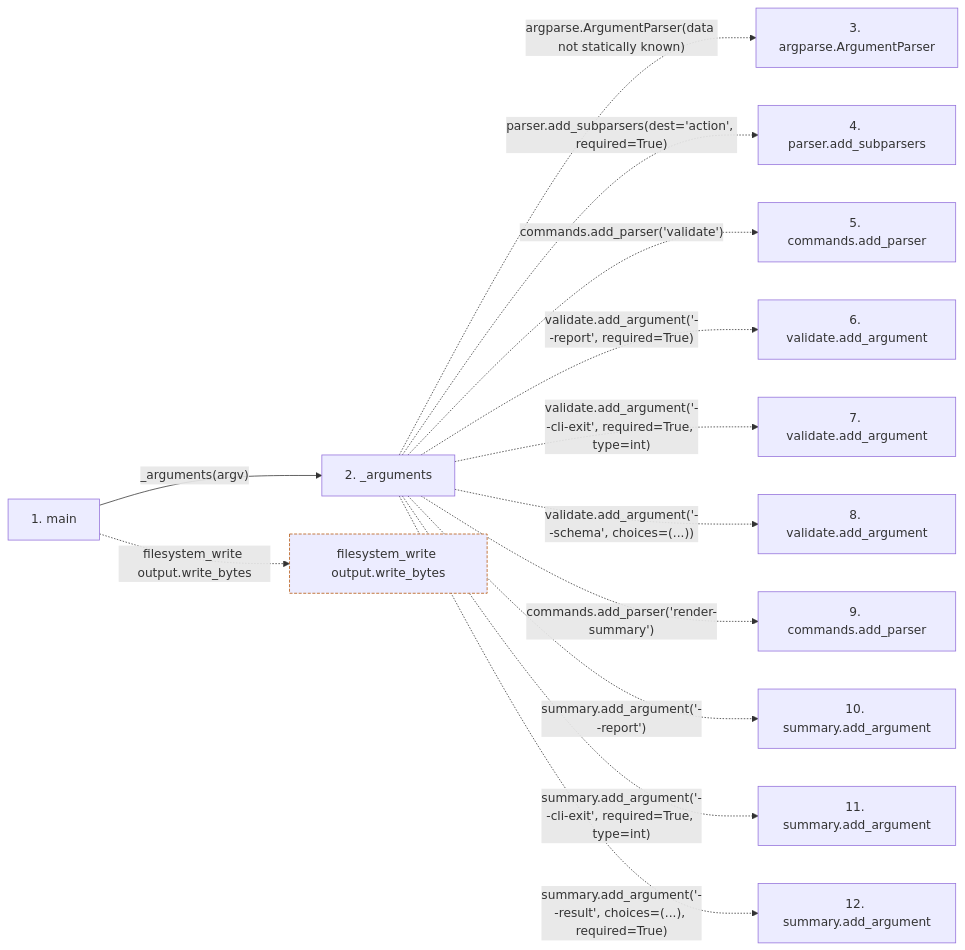
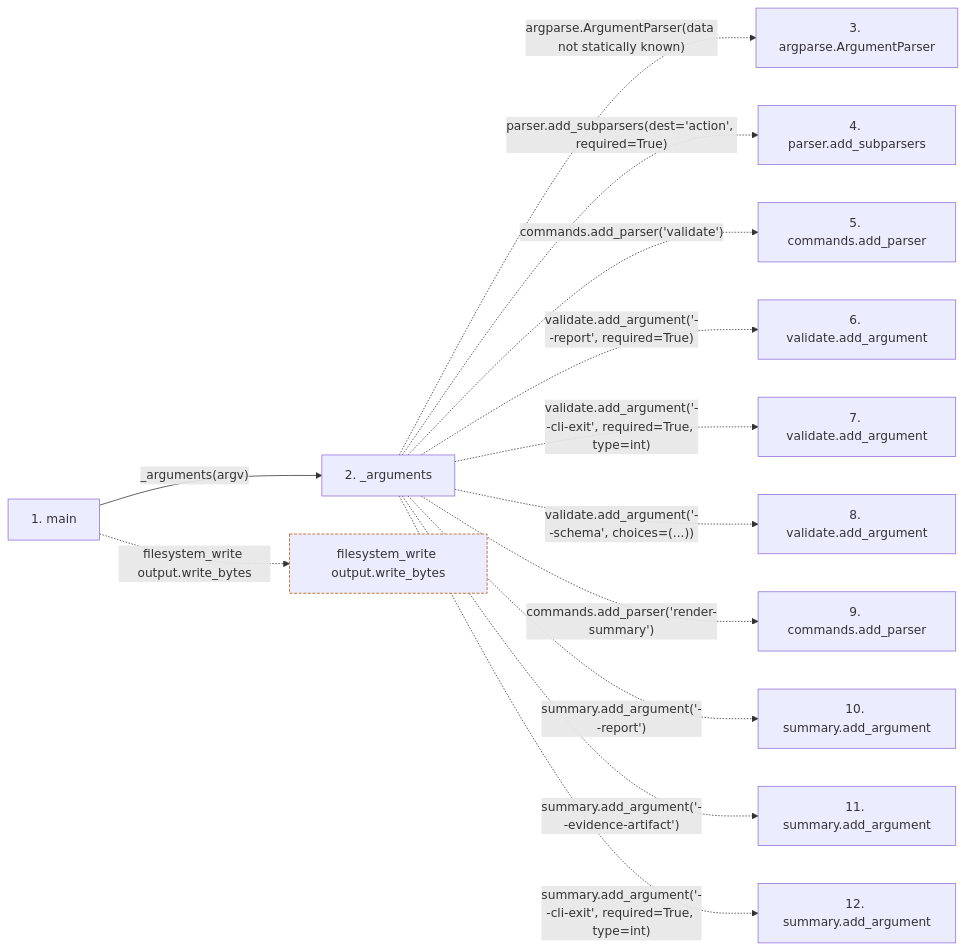
The second of 2 diagrams in docs/llm_wiki/flows/process-ci_report.md (Denissvgn/python-wiki-llm), drawn with Mermaid before and after one commit. The commit also changed other lines of this file and 727 other files, not shown here.

````diff
--- a/docs/llm_wiki/flows/process-ci_report.md
+++ b/docs/llm_wiki/flows/process-ci_report.md
@@ -67,32 +85,32 @@
 ```mermaid
 flowchart LR
     s1["1. main"]
     s2["2. _arguments"]
     s3["3. argparse.ArgumentParser"]
     s4["4. parser.add_subparsers"]
     s5["5. commands.add_parser"]
     s6["6. validate.add_argument"]
     s7["7. validate.add_argument"]
     s8["8. validate.add_argument"]
     s9["9. commands.add_parser"]
     s10["10. summary.add_argument"]
     s11["11. summary.add_argument"]
     s12["12. summary.add_argument"]
     s1 -->|"_arguments(argv)"| s2
     s2 -. "argparse.ArgumentParser(data not statically known)" .-> s3
     s2 -. "parser.add_subparsers(dest='action', required=True)" .-> s4
     s2 -. "commands.add_parser('validate')" .-> s5
     s2 -. "validate.add_argument('--report', required=True)" .-> s6
     s2 -. "validate.add_argument('--cli-exit', required=True, type=int)" .-> s7
     s2 -. "validate.add_argument('--schema', choices=(...))" .-> s8
     s2 -. "commands.add_parser('render-summary')" .-> s9
     s2 -. "summary.add_argument('--report')" .-> s10
-    s2 -. "summary.add_argument('--cli-exit', required=True, type=int)" .-> s11
-    s2 -. "summary.add_argument('--result', choices=(...), required=True)" .-> s12
+    s2 -. "summary.add_argument('--evidence-artifact')" .-> s11
+    s2 -. "summary.add_argument('--cli-exit', required=True, type=int)" .-> s12
     b0["filesystem_write output.write_bytes"]
     s1 -. "filesystem_write output.write_bytes" .-> b0
     click s1 "../modules/ci_report.md"
     click s2 "../modules/ci_report.md"
     classDef boundary stroke:#b45309,stroke-dasharray: 4 2
     class b0 boundary
 ```
````
